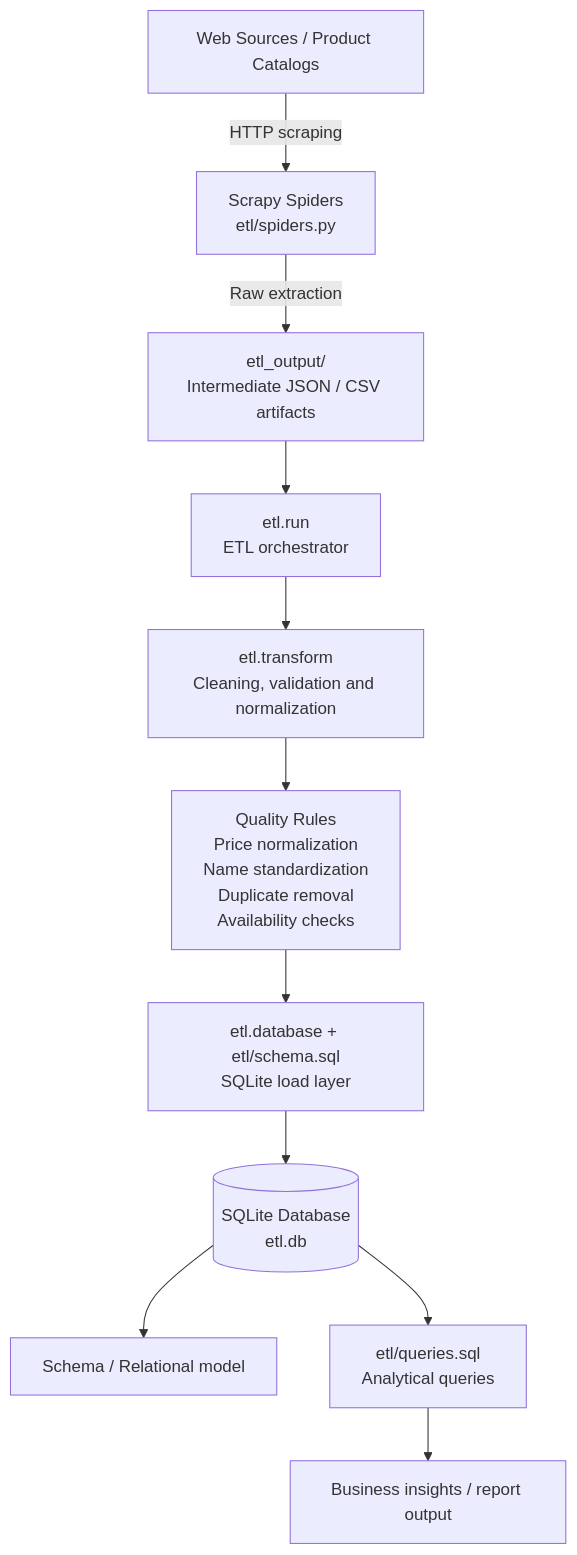
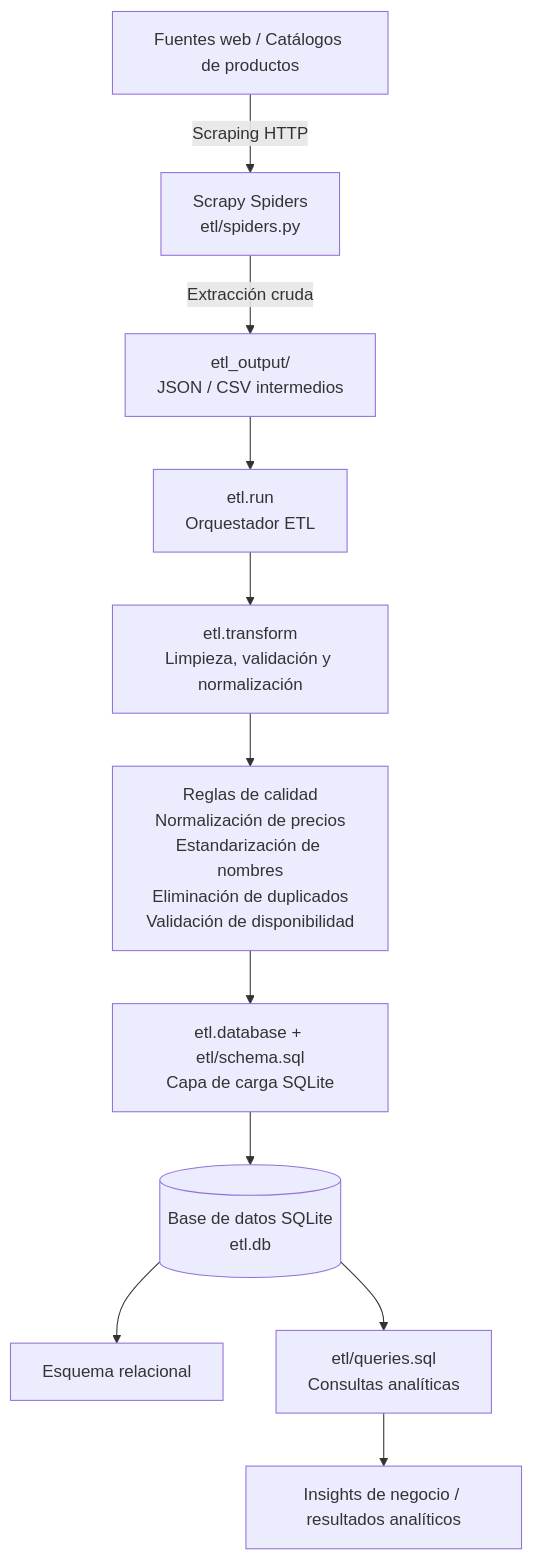
One commit to oskar-ortiz/Laboratorio_ETL_SCRAPY changed the diagram in README.md. Above: the diagram before and after it, drawn with Mermaid. The commit also changed other lines of this file, not shown here.

Commit message:
docs: standardize repository documentation to Spanish enterprise standard and remove redundant diagrams

````diff
--- a/README.md
+++ b/README.md
@@ -16,15 +12,15 @@
 ```mermaid
 flowchart TD
-    Source["Web Sources / Product Catalogs"] -->|HTTP scraping| Spider["Scrapy Spiders<br/>etl/spiders.py"]
-    Spider -->|Raw extraction| Output["etl_output/<br/>Intermediate JSON / CSV artifacts"]
-    Output --> Orchestrator["etl.run<br/>ETL orchestrator"]
+    Source["Fuentes web / Catálogos de productos"] -->|Scraping HTTP| Spider["Scrapy Spiders<br/>etl/spiders.py"]
+    Spider -->|Extracción cruda| Output["etl_output/<br/>JSON / CSV intermedios"]
+    Output --> Orchestrator["etl.run<br/>Orquestador ETL"]
 
-    Orchestrator --> Transform["etl.transform<br/>Cleaning, validation and normalization"]
-    Transform --> Validate["Quality Rules<br/>Price normalization<br/>Name standardization<br/>Duplicate removal<br/>Availability checks"]
-    Validate --> Load["etl.database + etl/schema.sql<br/>SQLite load layer"]
-    Load --> DB[("SQLite Database<br/>etl.db")]
+    Orchestrator --> Transform["etl.transform<br/>Limpieza, validación y normalización"]
+    Transform --> Validate["Reglas de calidad<br/>Normalización de precios<br/>Estandarización de nombres<br/>Eliminación de duplicados<br/>Validación de disponibilidad"]
+    Validate --> Load["etl.database + etl/schema.sql<br/>Capa de carga SQLite"]
+    Load --> DB[("Base de datos SQLite<br/>etl.db")]
 
-    DB --> Schema["Schema / Relational model"]
-    DB --> Queries["etl/queries.sql<br/>Analytical queries"]
-    Queries --> Results["Business insights / report output"]
+    DB --> Schema["Esquema relacional"]
+    DB --> Queries["etl/queries.sql<br/>Consultas analíticas"]
+    Queries --> Results["Insights de negocio / resultados analíticos"]
 ```
````
